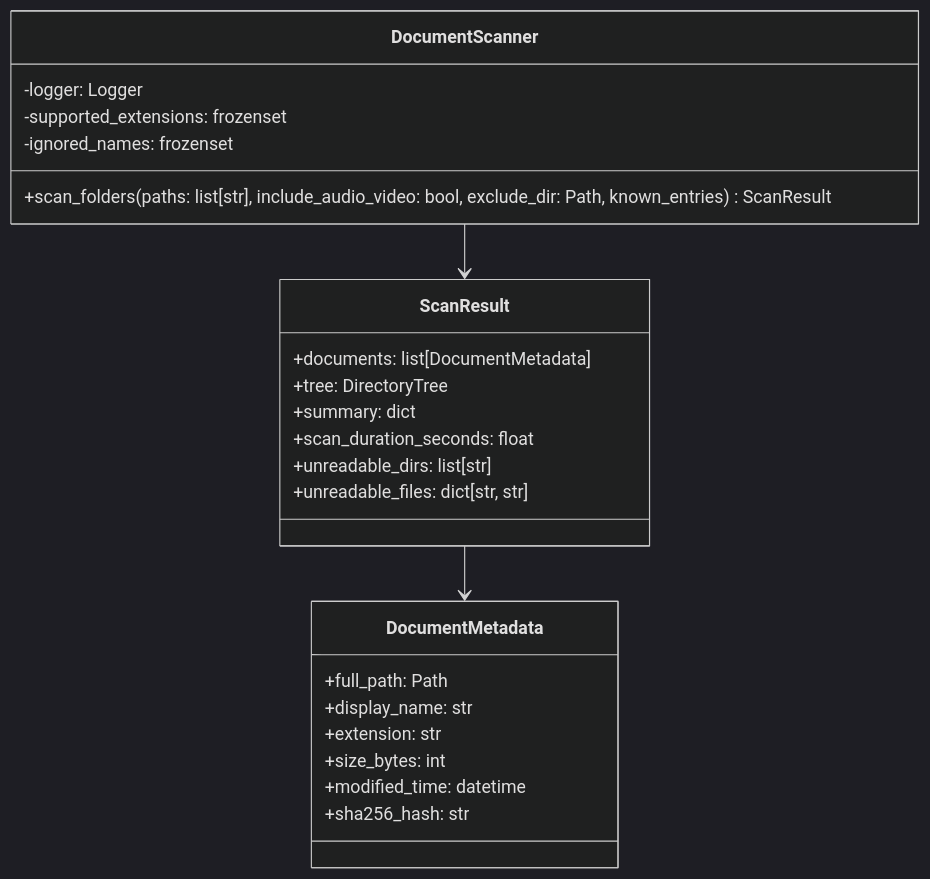
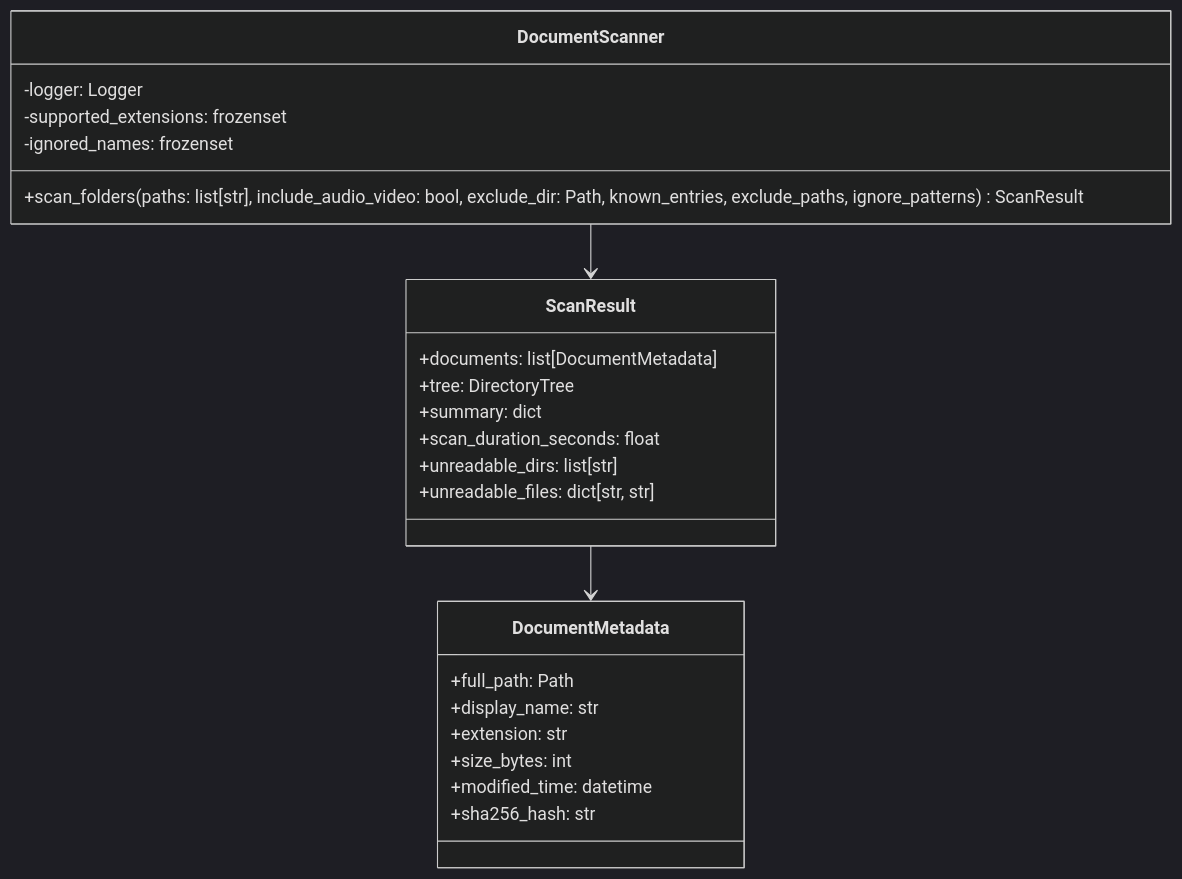
One commit to fmanza/doc_organize changed the diagram in docs/api/scanner.md. Above: the diagram before and after it, drawn with Mermaid (dark theme). The commit also changed other lines of this file and 8 other files, not shown here.

````diff
--- a/docs/api/scanner.md
+++ b/docs/api/scanner.md
@@ -7,30 +7,30 @@
 ```mermaid
 classDiagram
     class DocumentScanner {
         -logger: Logger
         -supported_extensions: frozenset
         -ignored_names: frozenset
-        +scan_folders(paths: list[str], include_audio_video: bool, exclude_dir: Path, known_entries) ScanResult
+        +scan_folders(paths: list[str], include_audio_video: bool, exclude_dir: Path, known_entries, exclude_paths, ignore_patterns) ScanResult
     }
     
     class ScanResult {
         +documents: list[DocumentMetadata]
         +tree: DirectoryTree
         +summary: dict
         +scan_duration_seconds: float
         +unreadable_dirs: list[str]
         +unreadable_files: dict[str, str]
     }
     
     class DocumentMetadata {
         +full_path: Path
         +display_name: str
         +extension: str
         +size_bytes: int
         +modified_time: datetime
         +sha256_hash: str
     }
     
     DocumentScanner --> ScanResult
     ScanResult --> DocumentMetadata
 ```
````
